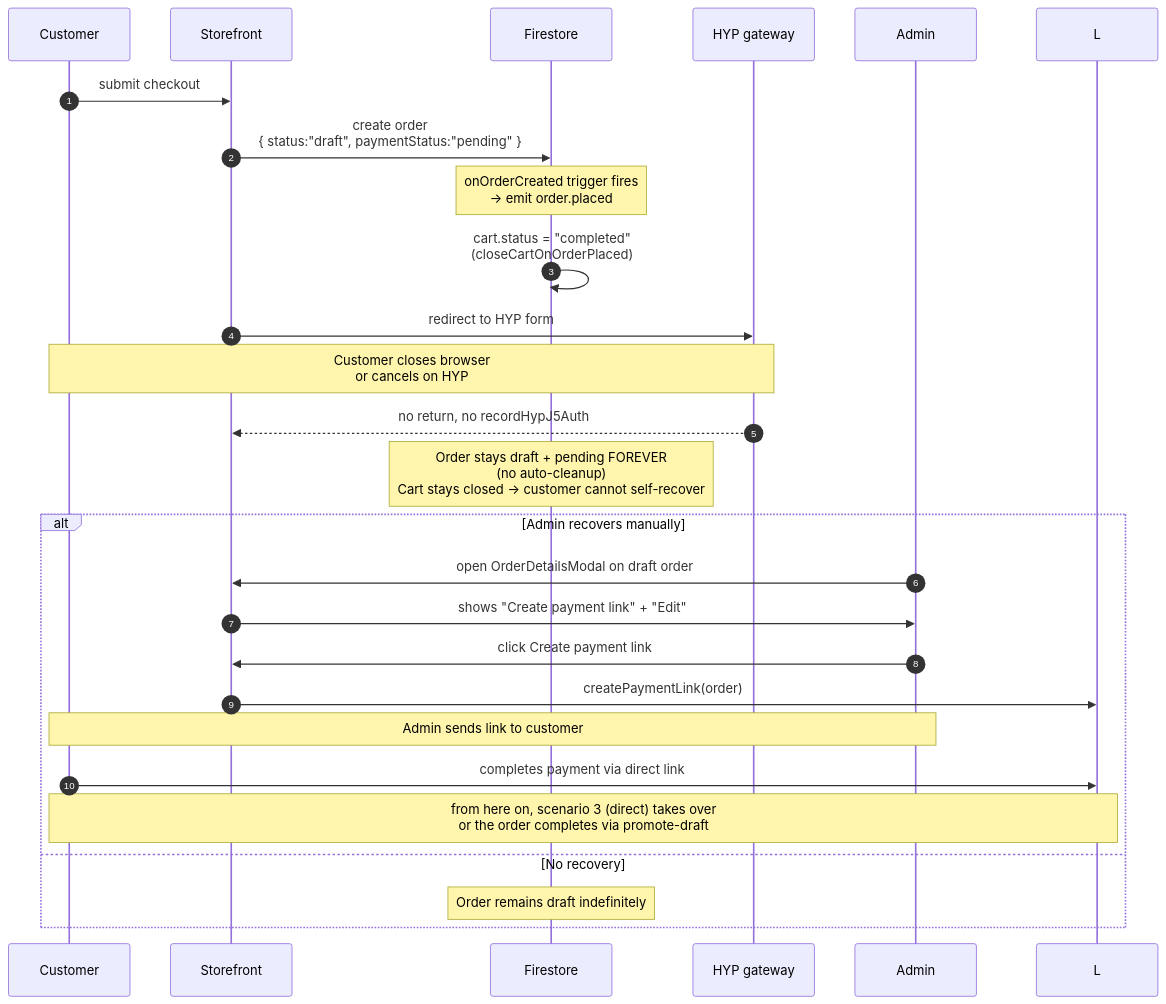
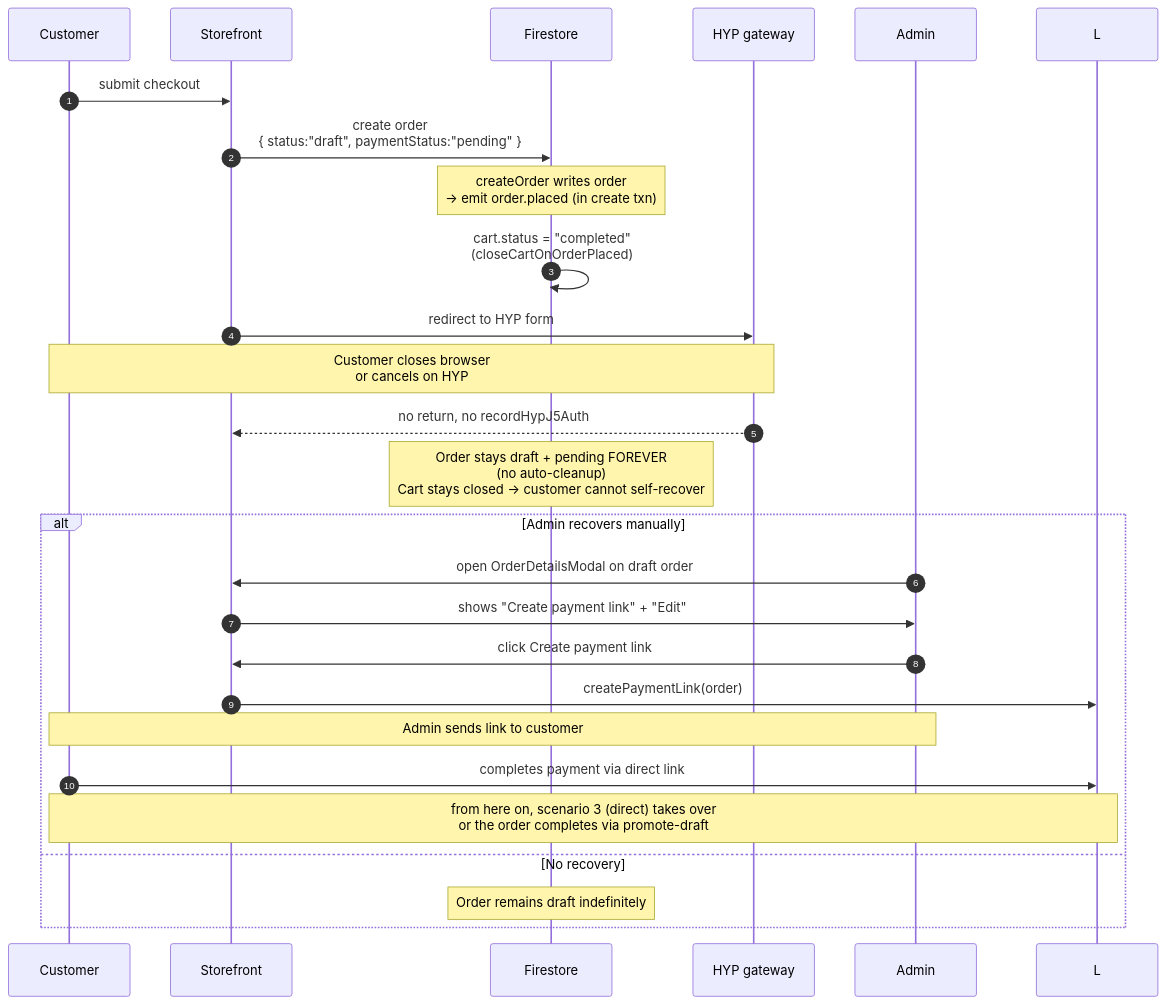
The second of 3 diagrams in apps/docs/docs/architecture/payment-flows.md (jsdev-ninja/stores), drawn with Mermaid before and after one commit. The commit also changed other lines of this file and 18 other files, not shown here.

````diff
--- a/apps/docs/docs/architecture/payment-flows.md
+++ b/apps/docs/docs/architecture/payment-flows.md
@@ -117,30 +133,30 @@
 ```mermaid
 sequenceDiagram
   autonumber
   participant C as Customer
   participant FE as Storefront
   participant FS as Firestore
   participant HYP as HYP gateway
   participant A as Admin
 
   C->>FE: submit checkout
   FE->>FS: create order<br/>{ status:"draft", paymentStatus:"pending" }
-  Note over FS: onOrderCreated trigger fires<br/>→ emit order.placed
+  Note over FS: createOrder writes order<br/>→ emit order.placed (in create txn)
   FS->>FS: cart.status = "completed"<br/>(closeCartOnOrderPlaced)
   FE->>HYP: redirect to HYP form
   Note over C,HYP: Customer closes browser<br/>or cancels on HYP
   HYP-->>FE: no return, no recordHypJ5Auth
   Note over FS: Order stays draft + pending FOREVER<br/>(no auto-cleanup)<br/>Cart stays closed → customer cannot self-recover
 
   alt Admin recovers manually
     A->>FE: open OrderDetailsModal on draft order
     FE->>A: shows "Create payment link" + "Edit"
     A->>FE: click Create payment link
     FE->>L: createPaymentLink(order)
     Note over A,C: Admin sends link to customer
     C->>L: completes payment via direct link
     Note over C,L: from here on, scenario 3 (direct) takes over<br/>or the order completes via promote-draft
   else No recovery
     Note over FS: Order remains draft indefinitely
   end
 ```
````
